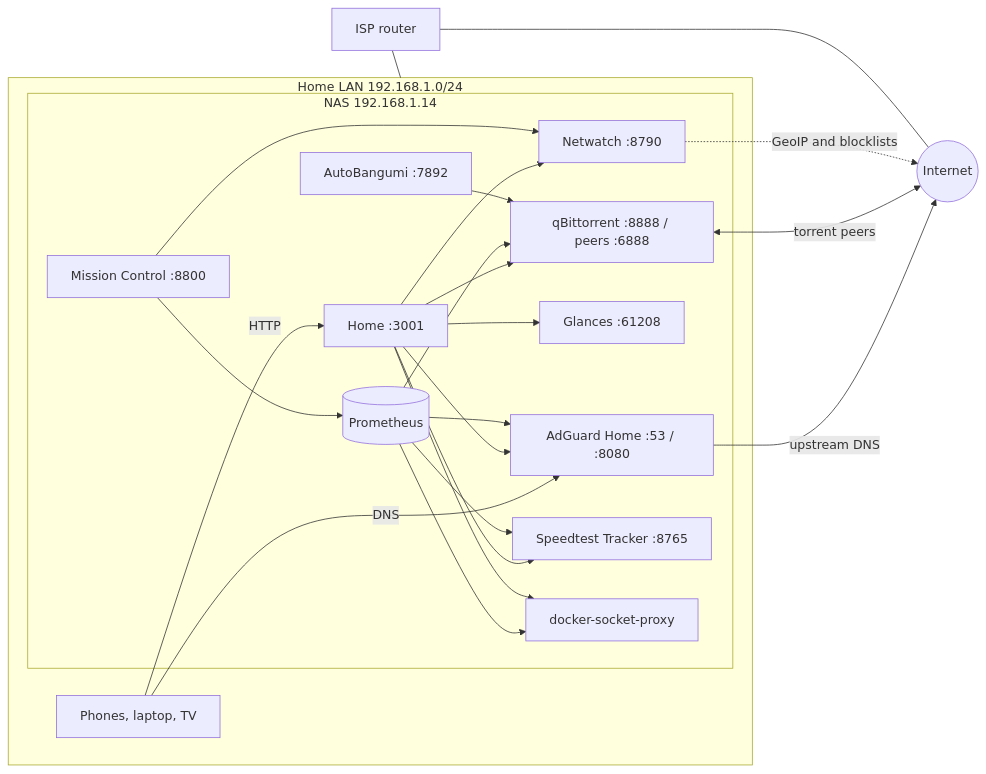
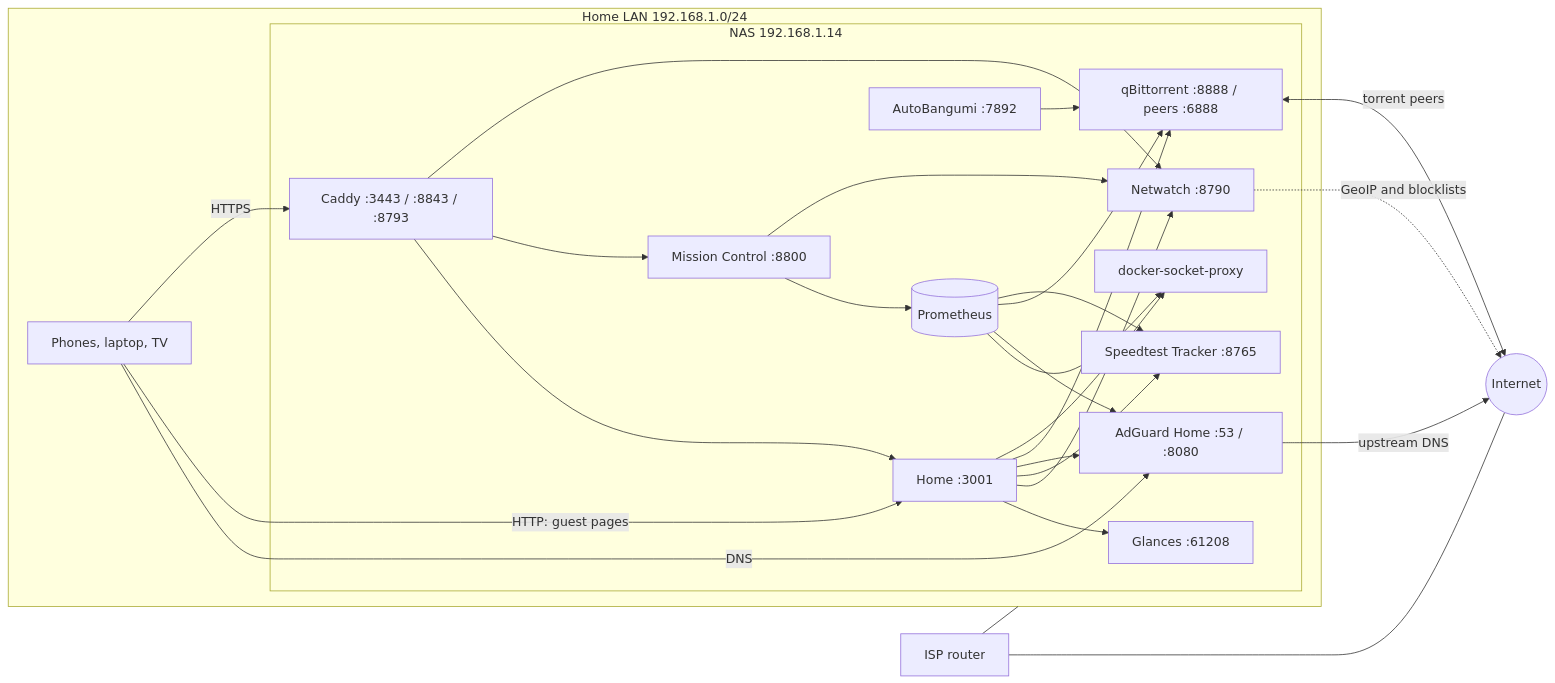
Before and after one commit to Achar0/nas-homelab: the diagram in README.md, drawn with Mermaid. The commit also changed other lines of this file and 4 other files, not shown here.

Commit message:
Caddy: HTTPS on the Tailscale name; README (#6)

````diff
--- a/README.md
+++ b/README.md
@@ -92,30 +92,33 @@
 ```mermaid
 flowchart LR
   subgraph LAN[Home LAN 192.168.1.0/24]
     Devices[Phones, laptop, TV] -- DNS --> AdGuard
-    Devices -- HTTP --> Homepage
+    Devices -- HTTP: guest pages --> Homepage
+    Devices -- HTTPS --> Caddy
     subgraph NAS[NAS 192.168.1.14]
+      Caddy[Caddy :3443 / :8843 / :8793]
+      Caddy --> Homepage & MC & NW
       AdGuard[AdGuard Home :53 / :8080]
       Homepage[Home :3001]
       qBt[qBittorrent :8888 / peers :6888]
       AB[AutoBangumi :7892]
       Glances[Glances :61208]
       NW[Netwatch :8790]
       ST[Speedtest Tracker :8765]
       Proxy[docker-socket-proxy]
       MC[Mission Control :8800]
       Prom[(Prometheus)]
       Homepage --> Glances & NW & ST & AdGuard & qBt
       MC --> Prom
       MC --> NW
       Prom --> Proxy & AdGuard & qBt & ST
       Homepage --> Proxy
       AB --> qBt
     end
   end
   AdGuard -- upstream DNS --> Internet((Internet))
   qBt <-- torrent peers --> Internet
   NW -. GeoIP and blocklists .-> Internet
   Router[ISP router] --- LAN
   Router --- Internet
 ```
````
